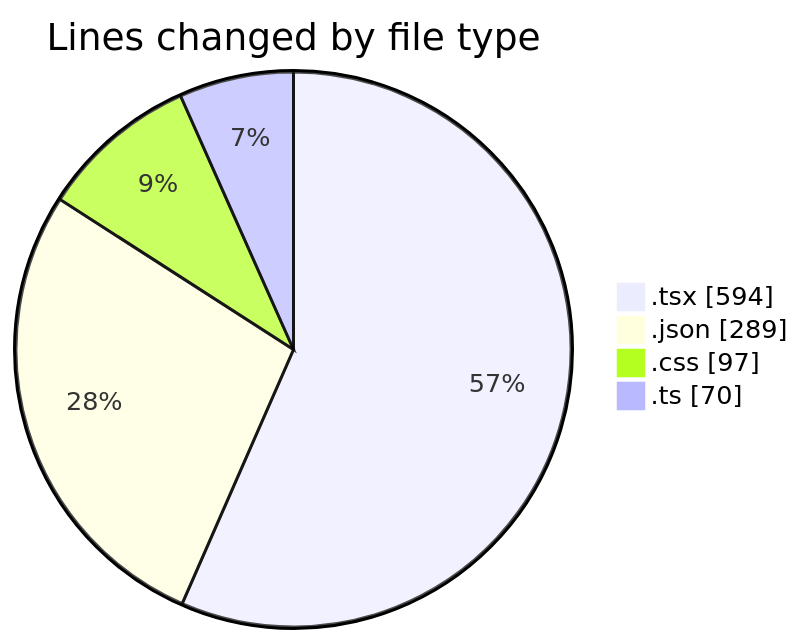
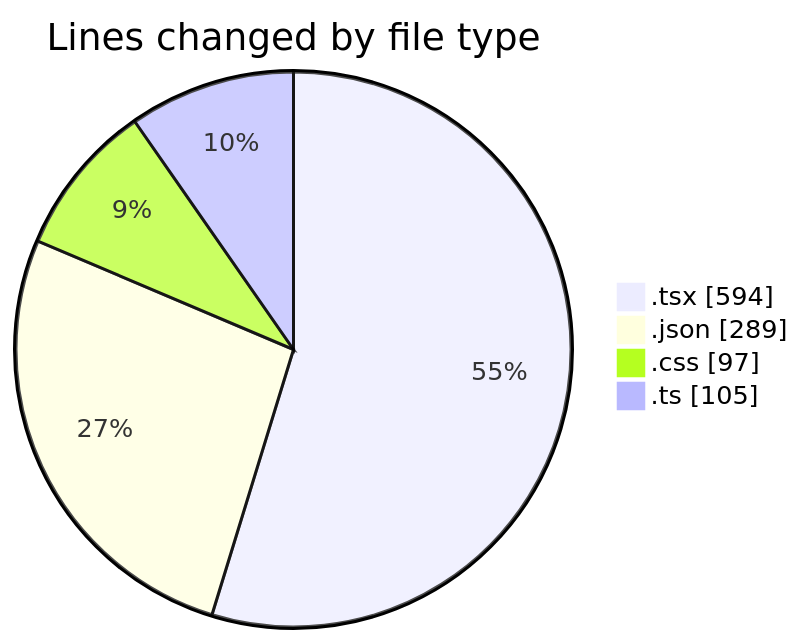
The first of 2 diagrams in 2025-05-04/niten/README.md (Elitesun/code-tracking), drawn with Mermaid before and after one commit. The commit also changed other lines of this file and 1 other file, not shown here.

````diff
--- a/2025-05-04/niten/README.md
+++ b/2025-05-04/niten/README.md
@@ -34,8 +35,8 @@
 ```mermaid
 pie showData
 title Lines changed by file type
 ".tsx" : 594
 ".json" : 289
 ".css" : 97
-".ts" : 70
+".ts" : 105
 ```
````
